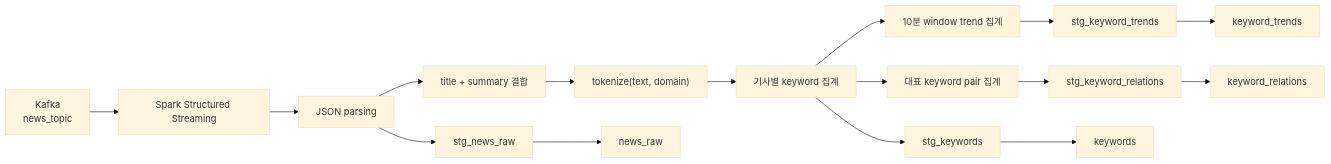
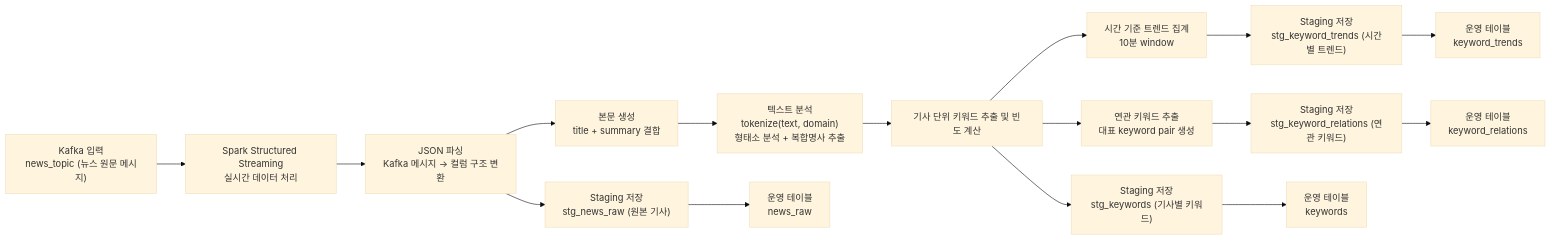
One commit to yeongmin-yu/news-trend-pipeline-dev changed the diagram in docs/design/STEP2_PROCESSING.md. Above: the diagram before and after it, drawn with Mermaid (base theme). The commit also changed 7 other files, not shown here.

````diff
--- a/docs/design/STEP2_PROCESSING.md
+++ b/docs/design/STEP2_PROCESSING.md
@@ -23,18 +23,27 @@
 ```mermaid
 flowchart LR
-    A["Kafka<br/>news_topic"] --> B["Spark Structured Streaming"]
-    B --> C["JSON parsing"]
-    C --> D["title + summary 결합"]
-    D --> E["tokenize(text, domain)"]
-    E --> F["기사별 keyword 집계"]
-    F --> G["10분 window trend 집계"]
-    F --> H["대표 keyword pair 집계"]
-    C --> I["stg_news_raw"]
-    F --> J["stg_keywords"]
-    G --> K["stg_keyword_trends"]
-    H --> L["stg_keyword_relations"]
-    I --> M["news_raw"]
-    J --> N["keywords"]
-    K --> O["keyword_trends"]
-    L --> P["keyword_relations"]
+    %% 입력
+    A["Kafka 입력<br/>news_topic (뉴스 원문 메시지)"] --> B["Spark Structured Streaming<br/>실시간 데이터 처리"]
+
+    %% 전처리
+    B --> C["JSON 파싱<br/>Kafka 메시지 → 컬럼 구조 변환"]
+    C --> D["본문 생성<br/>title + summary 결합"]
+    D --> E["텍스트 분석<br/>tokenize(text, domain)<br/>형태소 분석 + 복합명사 추출"]
+
+    %% 집계
+    E --> F["기사 단위 키워드 추출 및 빈도 계산"]
+    F --> G["시간 기준 트렌드 집계<br/>10분 window"]
+    F --> H["연관 키워드 추출<br/>대표 keyword pair 생성"]
+
+    %% staging 저장
+    C --> I["Staging 저장<br/>stg_news_raw (원본 기사)"]
+    F --> J["Staging 저장<br/>stg_keywords (기사별 키워드)"]
+    G --> K["Staging 저장<br/>stg_keyword_trends (시간별 트렌드)"]
+    H --> L["Staging 저장<br/>stg_keyword_relations (연관 키워드)"]
+
+    %% 최종 테이블 반영
+    I --> M["운영 테이블<br/>news_raw"]
+    J --> N["운영 테이블<br/>keywords"]
+    K --> O["운영 테이블<br/>keyword_trends"]
+    L --> P["운영 테이블<br/>keyword_relations"]
 ```
````
